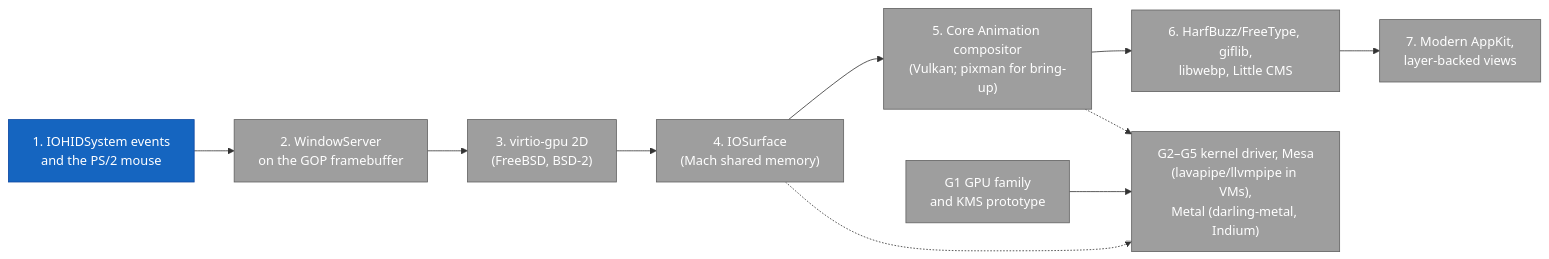
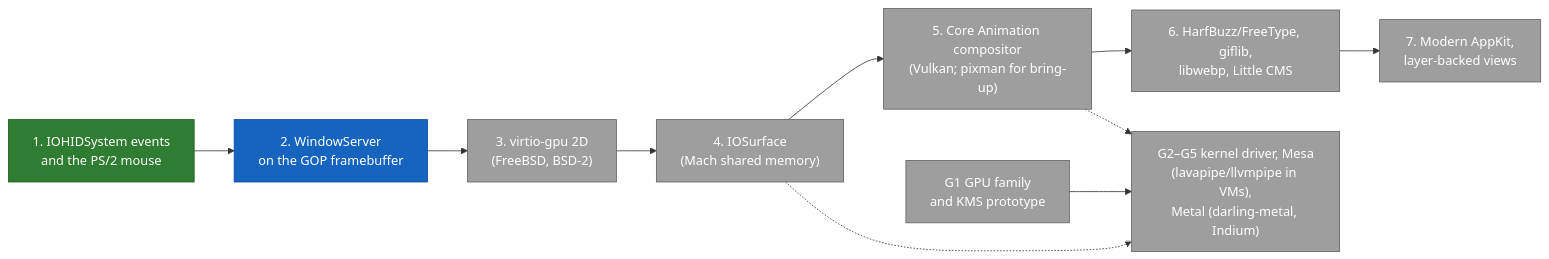
The fourth of 4 diagrams in Docs/Progress.md (minkaros/minkar), drawn with Mermaid before and after one commit. The commit also changed other lines of this file and 5 other files, not shown here.

First line of the commit message:
Docs: WS0 state (IOHIDSystem delivery, PS/2 mouse, WindowServer input)

````diff
--- a/Docs/Progress.md
+++ b/Docs/Progress.md
@@ -124,20 +124,21 @@
 ```mermaid
 flowchart LR
-    S1["1. IOHIDSystem events<br/>and the PS/2 mouse"]:::next
-    S2["2. WindowServer<br/>on the GOP framebuffer"]:::todo
+    S1["1. IOHIDSystem events<br/>and the PS/2 mouse"]:::done
+    S2["2. WindowServer<br/>on the GOP framebuffer"]:::next
     S3["3. virtio-gpu 2D<br/>(FreeBSD, BSD-2)"]:::todo
     S4["4. IOSurface<br/>(Mach shared memory)"]:::todo
     S5["5. Core Animation compositor<br/>(Vulkan; pixman for bring-up)"]:::todo
     S6["6. HarfBuzz/FreeType, giflib,<br/>libwebp, Little CMS"]:::todo
     S7["7. Modern AppKit,<br/>layer-backed views"]:::todo
     S1 --> S2 --> S3 --> S4 --> S5 --> S6 --> S7
 
     G1["G1 GPU family<br/>and KMS prototype"]:::todo
     G2["G2–G5 kernel driver, Mesa<br/>(lavapipe/llvmpipe in VMs),<br/>Metal (darling-metal, Indium)"]:::todo
     G1 --> G2
     S4 -.-> G2
     S5 -.-> G2
 
+    classDef done fill:#2e7d32,stroke:#1b5e20,color:#fff
     classDef next fill:#1565c0,stroke:#0d47a1,color:#fff
     classDef todo fill:#9e9e9e,stroke:#616161,color:#fff
 ```
````
